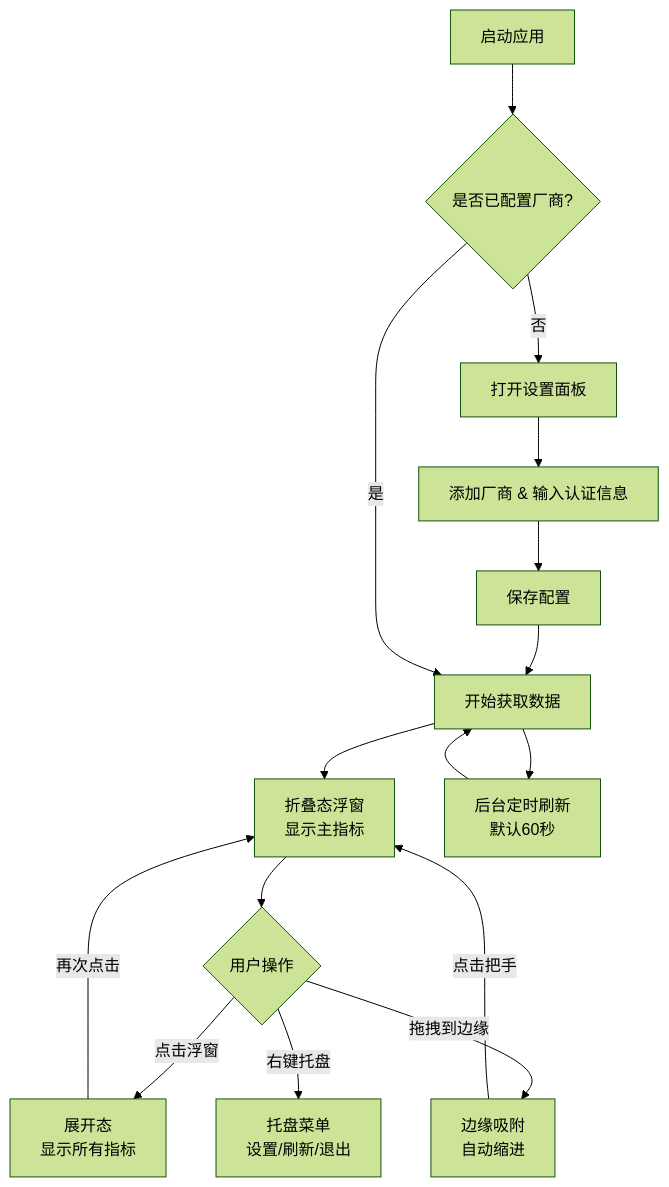
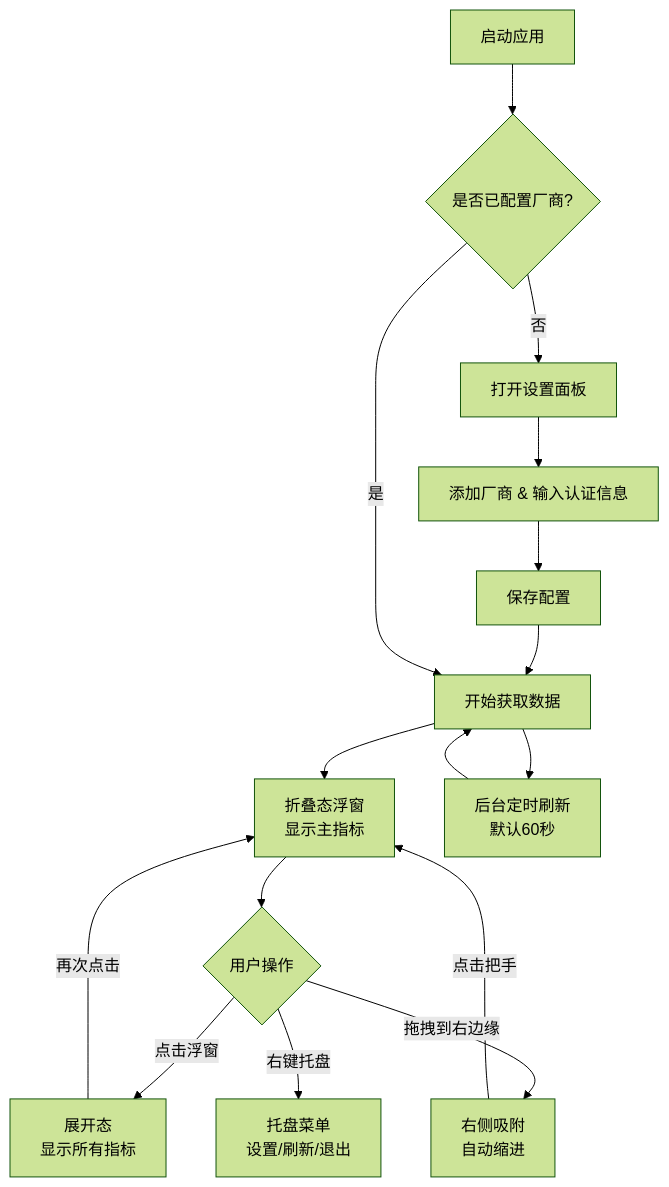
One commit to JJChou000/coding-plan-usage-tracker changed the first of 2 diagrams in docs/PRD.md. Above: the diagram before and after it, drawn with Mermaid (forest theme). The commit also changed other lines of this file and 13 other files, not shown here.

````diff
--- a/docs/PRD.md
+++ b/docs/PRD.md
@@ -26,18 +26,18 @@
 ```mermaid
 flowchart TD
     A[启动应用] --> B{是否已配置厂商?}
     B -->|否| C[打开设置面板]
     C --> D[添加厂商 & 输入认证信息]
     D --> E[保存配置]
     E --> F[开始获取数据]
     B -->|是| F
     F --> G[折叠态浮窗<br/>显示主指标]
     G --> H{用户操作}
     H -->|点击浮窗| I[展开态<br/>显示所有指标]
-    H -->|拖拽到边缘| J[边缘吸附<br/>自动缩进]
+    H -->|拖拽到右边缘| J[右侧吸附<br/>自动缩进]
     H -->|右键托盘| K[托盘菜单<br/>设置/刷新/退出]
     I -->|再次点击| G
     J -->|点击把手| G
     F --> L[后台定时刷新<br/>默认60秒]
     L --> F
 ```
````
